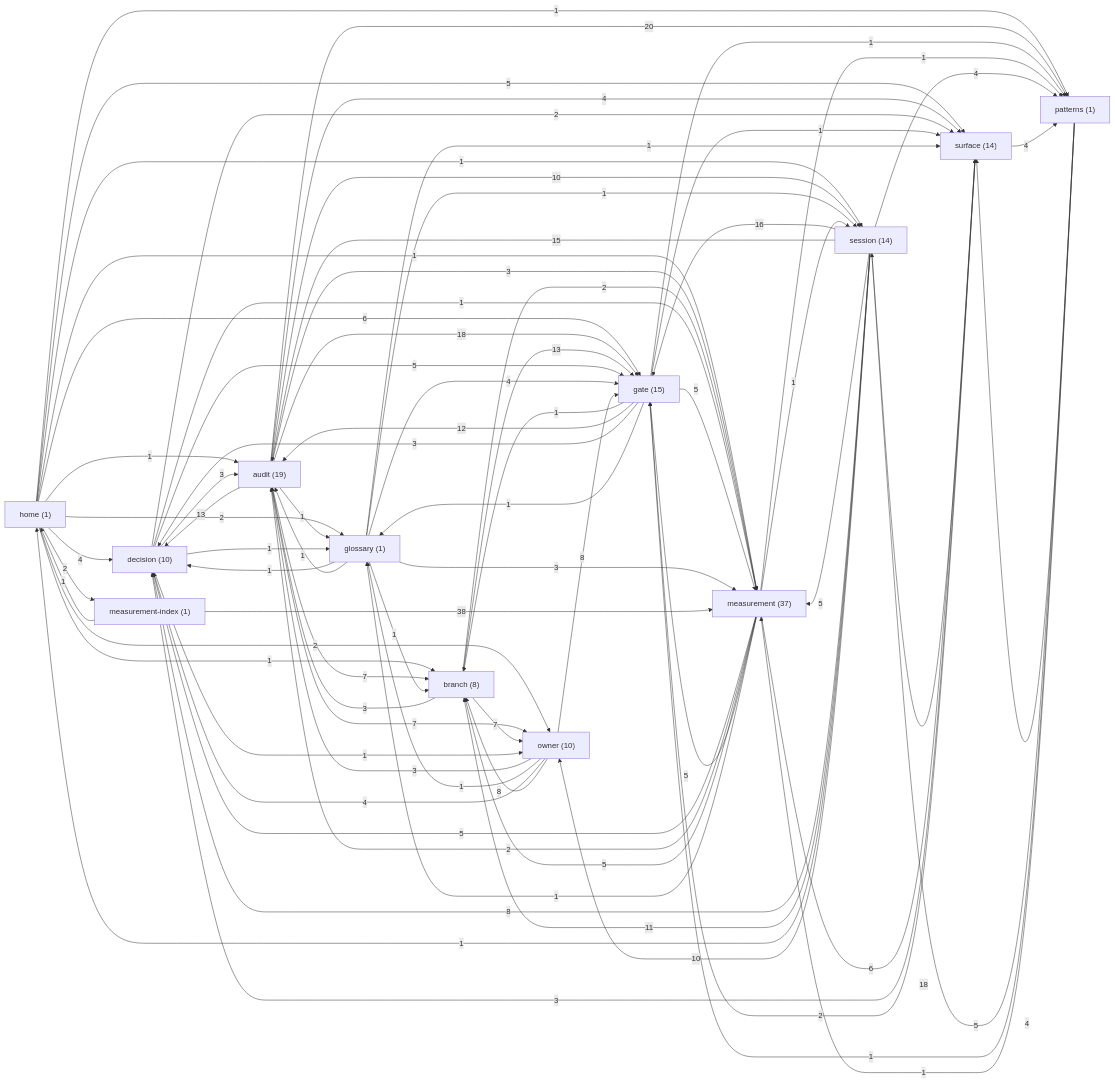
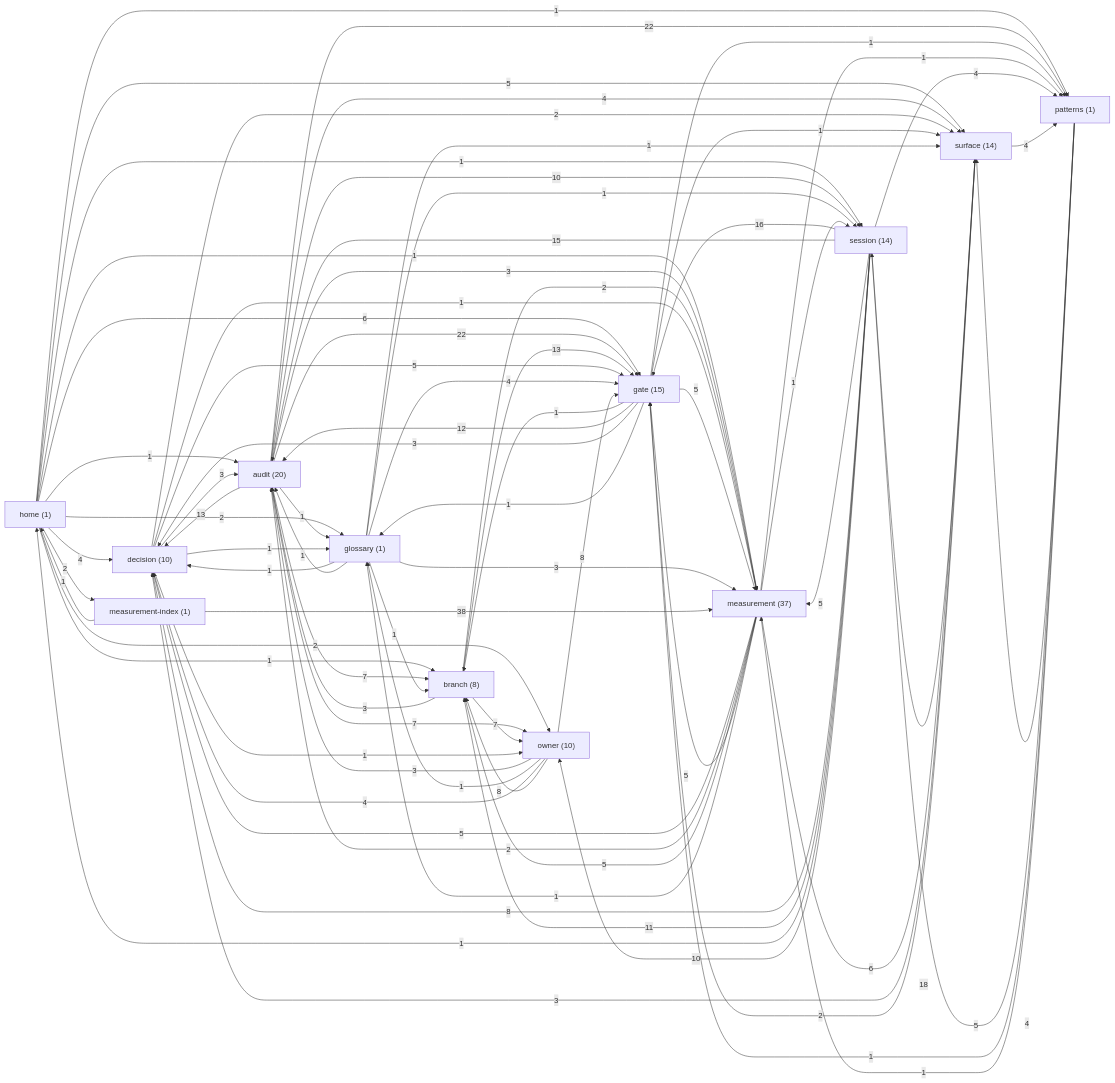
The diagram in docs/brain/GRAPH.md (sergey9519546/STORYMACHINE), drawn with Mermaid before and after one commit. The commit also changed other lines of this file and 3 other files, not shown here.

````diff
--- a/docs/brain/GRAPH.md
+++ b/docs/brain/GRAPH.md
@@ -9,7 +9,7 @@
 ```mermaid
 graph LR
   home["home (1)"]
-  audit["audit (19)"]
+  audit["audit (20)"]
   branch["branch (8)"]
   decision["decision (10)"]
   gate["gate (15)"]
@@ -34,9 +34,9 @@
   audit -->|1| glossary
   audit -->|10| session
   audit -->|7| branch
-  audit -->|18| gate
+  audit -->|22| gate
   audit -->|13| decision
-  audit -->|20| patterns
+  audit -->|22| patterns
   audit -->|7| owner
   audit -->|4| surface
   audit -->|3| measurement
````
